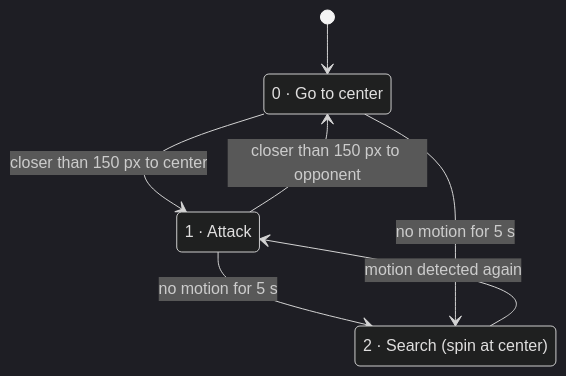
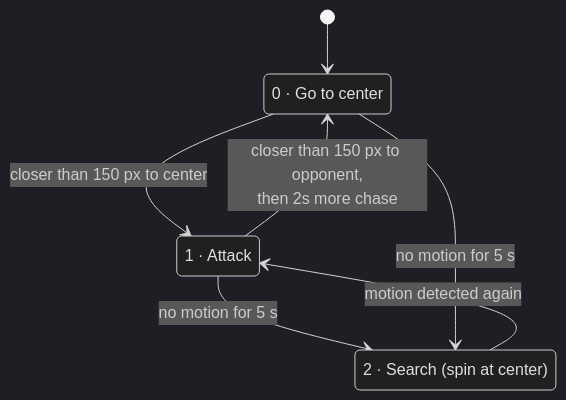
One commit to Vlad326/CakeAI-V1 changed the second of 2 diagrams in ARCHITECTURE.md. Above: the diagram before and after it, drawn with Mermaid (dark theme).

Commit message:
Fixed behaviour mermaid

````diff
--- a/ARCHITECTURE.md
+++ b/ARCHITECTURE.md
@@ -91,12 +91,12 @@
 ```mermaid
 stateDiagram-v2
     [*] --> GoToCenter
     GoToCenter: 0 · Go to center
     Attack: 1 · Attack
     Search: 2 · Search (spin at center)
     GoToCenter --> Attack: closer than 150 px to center
-    Attack --> GoToCenter: closer than 150 px to opponent
+    Attack --> GoToCenter: closer than 150 px to opponent,<br/>then 2s more chase
     Attack --> Search: no motion for 5 s
     GoToCenter --> Search: no motion for 5 s
     Search --> Attack: motion detected again
 ```
````
